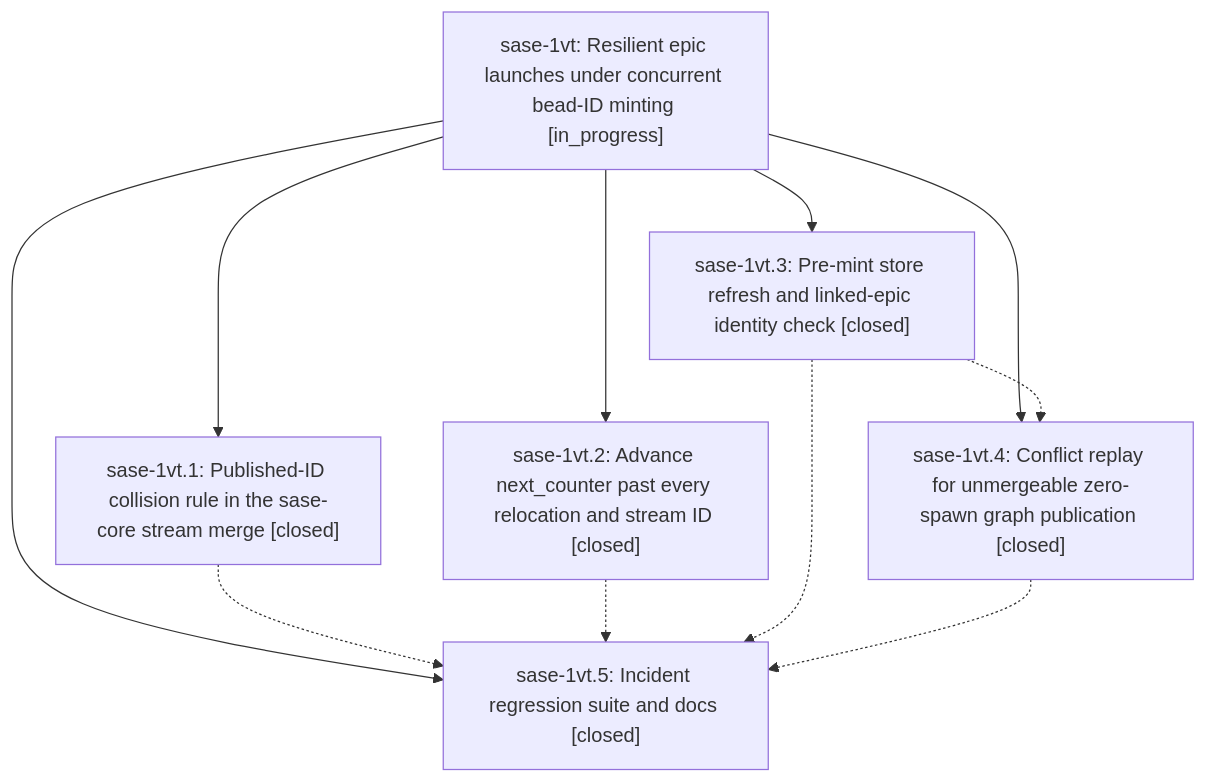
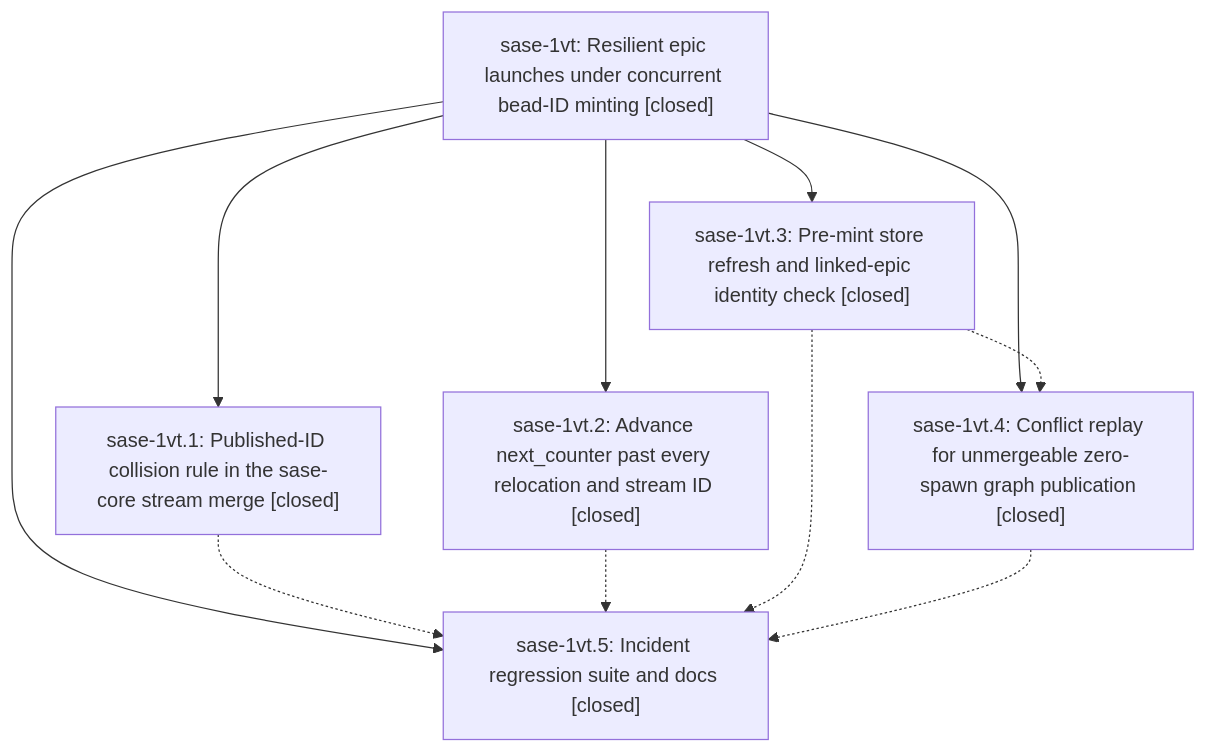
Before and after one commit to sase-org/sase--beads: the diagram in pages/sase-1vt/README.md, drawn with Mermaid. The commit also changed other lines of this file and 1 other file, not shown here.

First line of the commit message:
chore(beads): sync bead state and pages for sase-1vt

````diff
--- a/pages/sase-1vt/README.md
+++ b/pages/sase-1vt/README.md
@@ -40,19 +48,19 @@
 ```mermaid
 flowchart TD
-    n0["sase-1vt: Resilient epic launches under concurrent bead-ID minting [in_progress]"]
+    n0["sase-1vt: Resilient epic launches under concurrent bead-ID minting [closed]"]
     n1["sase-1vt.1: Published-ID collision rule in the sase-core stream merge [closed]"]
     n2["sase-1vt.2: Advance next_counter past every relocation and stream ID [closed]"]
     n3["sase-1vt.3: Pre-mint store refresh and linked-epic identity check [closed]"]
     n4["sase-1vt.4: Conflict replay for unmergeable zero-spawn graph publication [closed]"]
     n5["sase-1vt.5: Incident regression suite and docs [closed]"]
     n0 --> n1
     n0 --> n2
     n0 --> n3
     n0 --> n4
     n0 --> n5
     n1 -.-> n5
     n2 -.-> n5
     n3 -.-> n4
     n3 -.-> n5
     n4 -.-> n5
 ```
````
